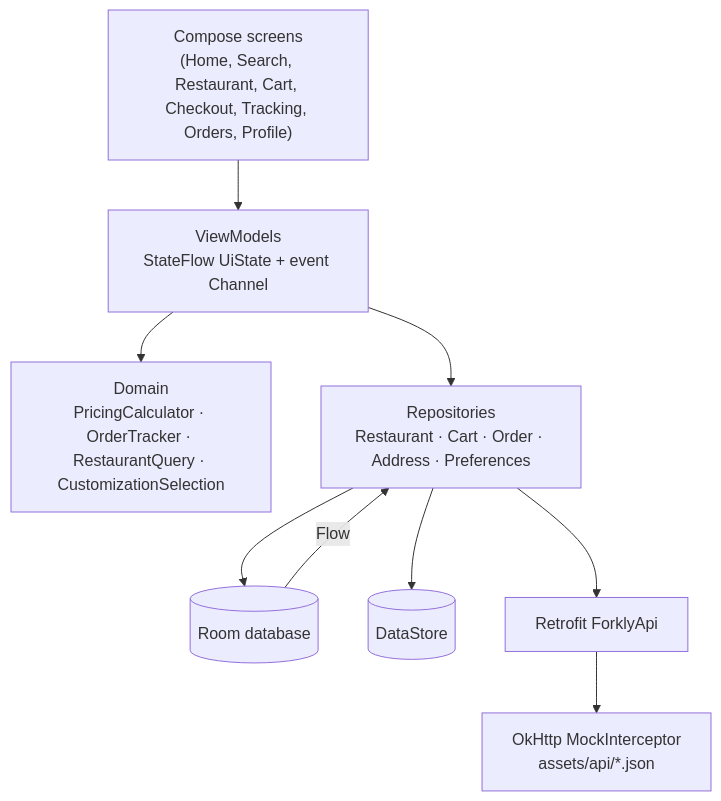
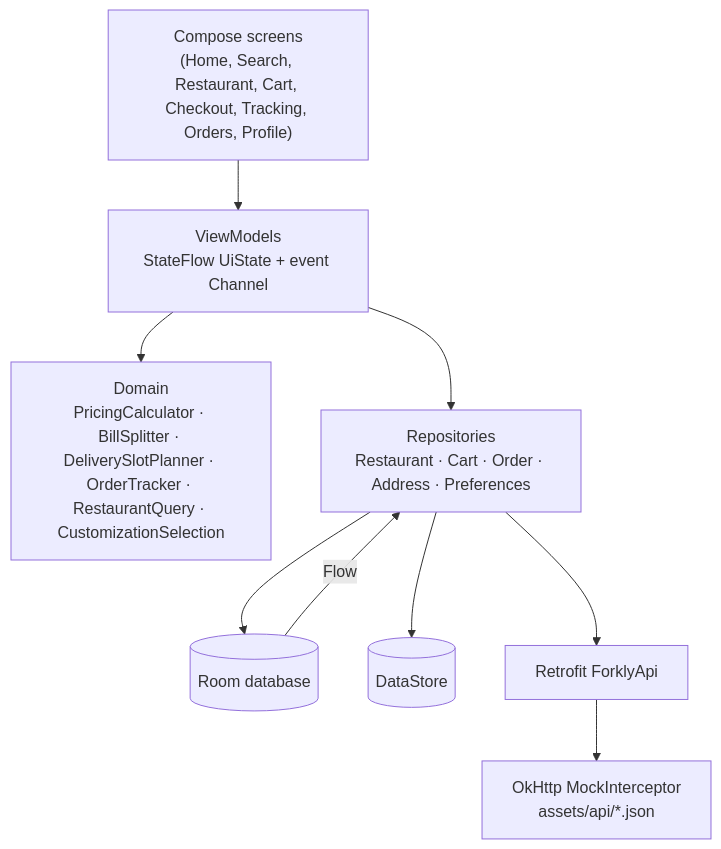
Before and after one commit to iEswar23/Forkly: the diagram in README.md, drawn with Mermaid. The commit also changed other lines of this file and 34 other files, not shown here.

First line of the commit message:
Add split the bill and scheduled delivery

````diff
--- a/README.md
+++ b/README.md
@@ -81,20 +86,20 @@
 ```mermaid
 flowchart TD
     UI["Compose screens<br/>(Home, Search, Restaurant, Cart, Checkout, Tracking, Orders, Profile)"]
     VM["ViewModels<br/>StateFlow UiState + event Channel"]
-    DOMAIN["Domain<br/>PricingCalculator · OrderTracker · RestaurantQuery · CustomizationSelection"]
+    DOMAIN["Domain<br/>PricingCalculator · BillSplitter · DeliverySlotPlanner · OrderTracker · RestaurantQuery · CustomizationSelection"]
     REPO["Repositories<br/>Restaurant · Cart · Order · Address · Preferences"]
     ROOM[("Room database")]
     DS[("DataStore")]
     API["Retrofit ForklyApi"]
     MOCK["OkHttp MockInterceptor<br/>assets/api/*.json"]
 
     UI --> VM
     VM --> DOMAIN
     VM --> REPO
     REPO --> ROOM
     REPO --> DS
     REPO --> API
     API --> MOCK
     ROOM -- Flow --> REPO
 ```
````
